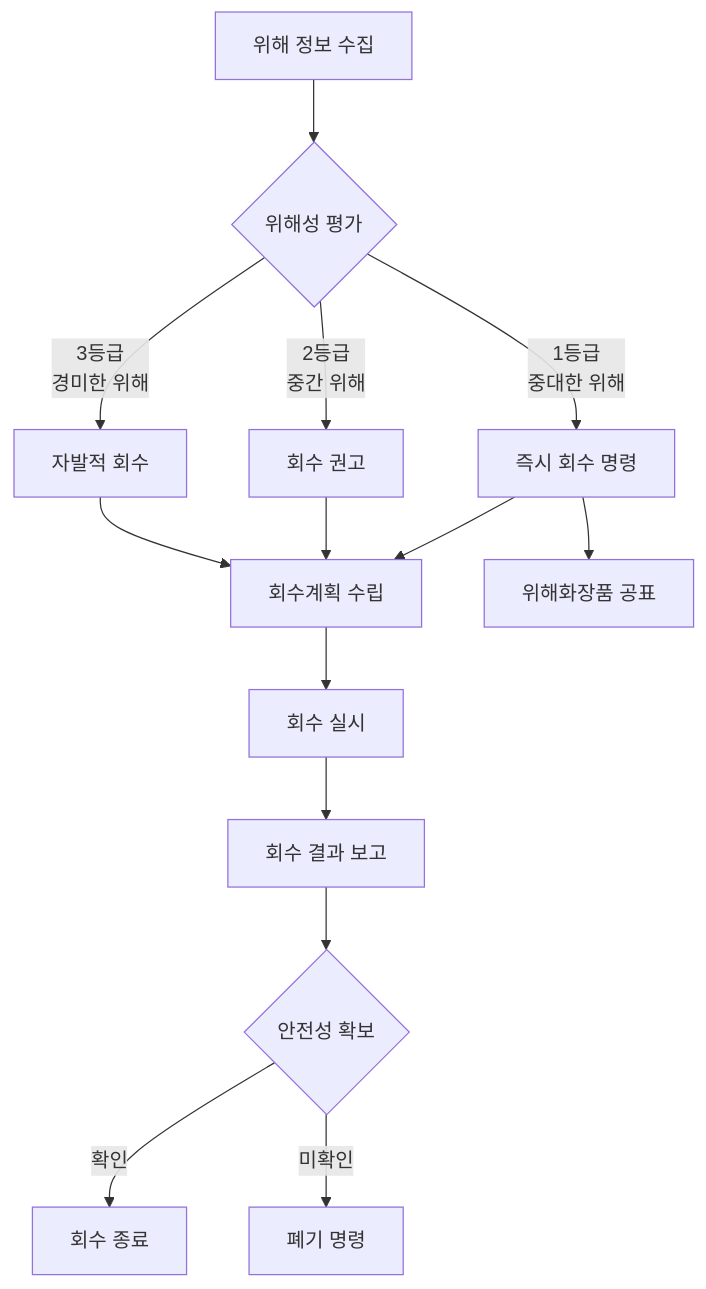
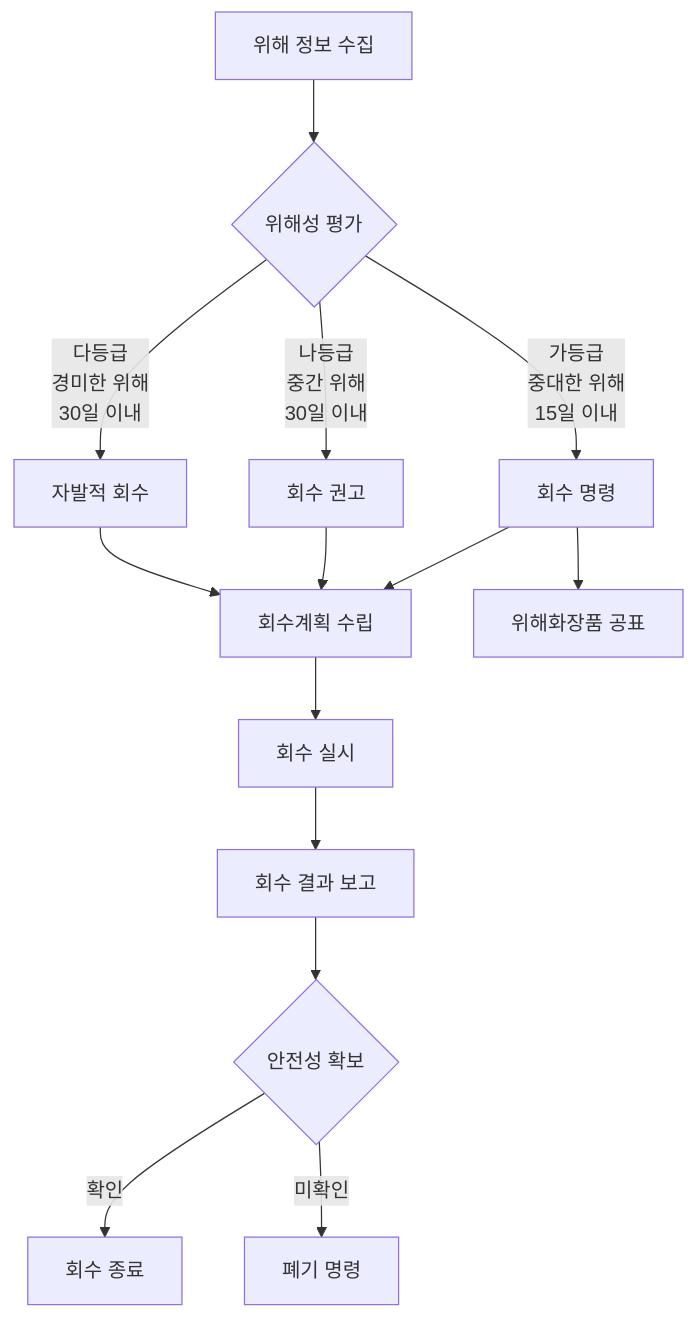
One commit to skygoldlee-cyber/Personalized_Skincare changed the fifth of 14 diagrams in content/교재/safety/3과목_유통화장품안전관리_이야기형.md. Above: the diagram before and after it, drawn with Mermaid. The commit also changed other lines of this file and 10 other files, not shown here.

````diff
--- a/content/교재/safety/3과목_유통화장품안전관리_이야기형.md
+++ b/content/교재/safety/3과목_유통화장품안전관리_이야기형.md
@@ -458,16 +458,16 @@
 ```mermaid
 flowchart TD
  A["위해 정보 수집"] --> B{"위해성 평가"}
- B -->|"1등급<br/>중대한 위해"| C["즉시 회수 명령"]
- B -->|"2등급<br/>중간 위해"| D["회수 권고"]
- B -->|"3등급<br/>경미한 위해"| E["자발적 회수"]
+ B -->|"가등급<br/>중대한 위해<br/>15일 이내"| C["회수 명령"]
+ B -->|"나등급<br/>중간 위해<br/>30일 이내"| D["회수 권고"]
+ B -->|"다등급<br/>경미한 위해<br/>30일 이내"| E["자발적 회수"]
  C --> F["회수계획 수립"]
  D --> F
  E --> F
  F --> G["회수 실시"]
  G --> H["회수 결과 보고"]
  H --> I{"안전성 확보"}
  I -->|"확인"| J["회수 종료"]
  I -->|"미확인"| K["폐기 명령"]
  C --> L["위해화장품 공표"]
 ```
````
